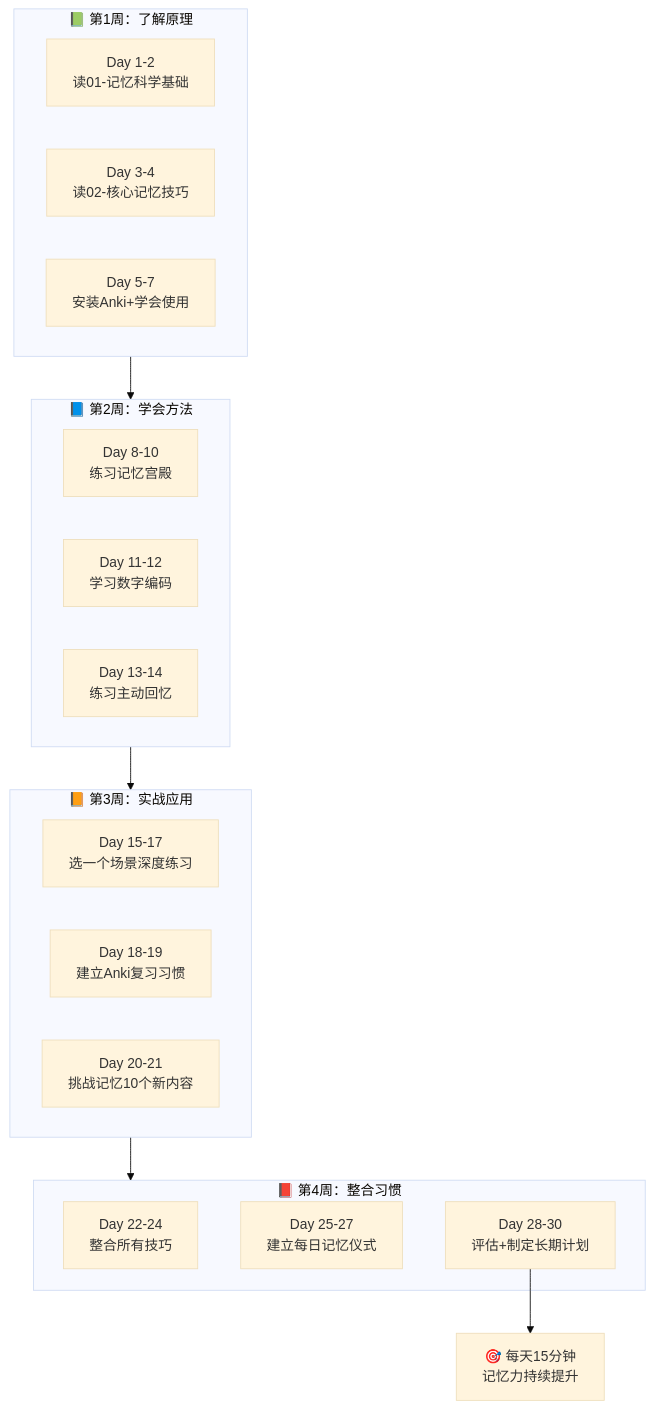
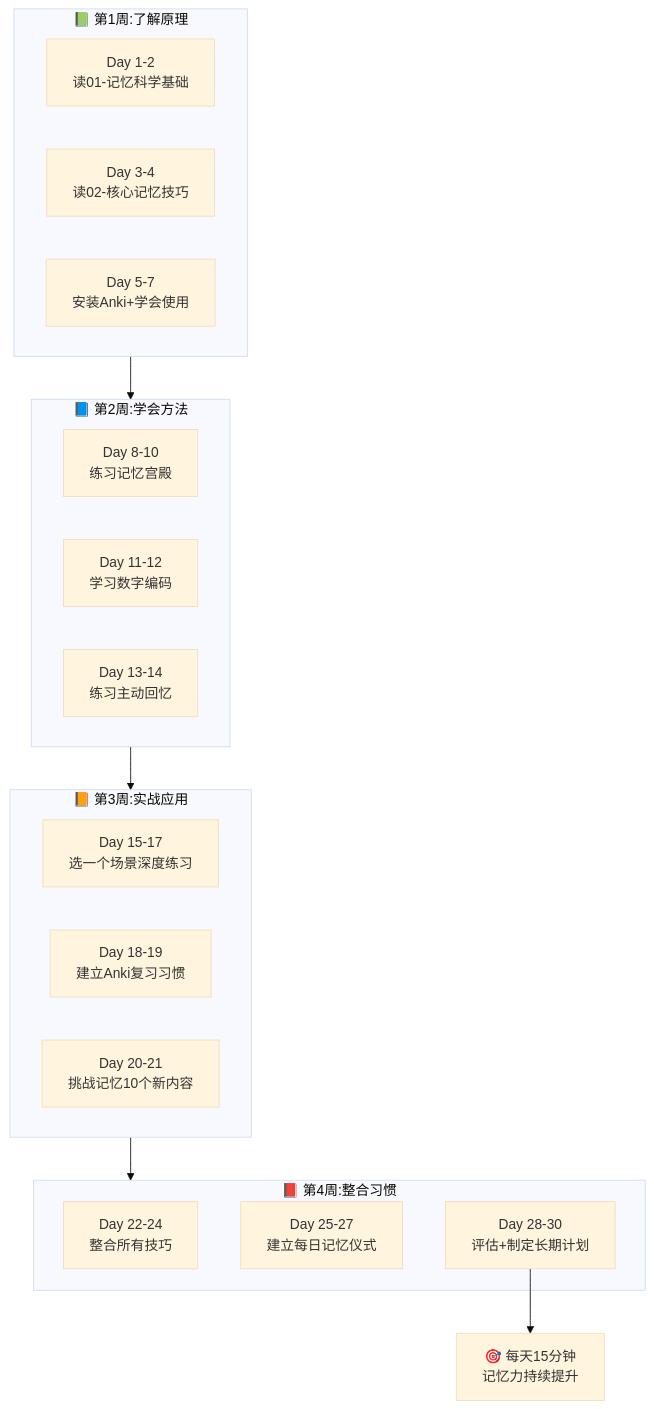
The first of 3 diagrams in 05-工具资源与行动方案.md (brother2050/memory-guide), drawn with Mermaid (base theme) before and after one commit. The commit also changed other lines of this file and 125 other files, not shown here.

````diff
--- a/05-工具资源与行动方案.md
+++ b/05-工具资源与行动方案.md
@@ -50,29 +50,29 @@
 ```mermaid
 graph TD
-    subgraph W1["📗 第1周：了解原理"]
+    subgraph W1["📗 第1周:了解原理"]
         D1["Day 1-2\n读01-记忆科学基础"]
         D2["Day 3-4\n读02-核心记忆技巧"]
         D3["Day 5-7\n安装Anki+学会使用"]
     end
 
-    subgraph W2["📘 第2周：学会方法"]
+    subgraph W2["📘 第2周:学会方法"]
         D4["Day 8-10\n练习记忆宫殿"]
         D5["Day 11-12\n学习数字编码"]
         D6["Day 13-14\n练习主动回忆"]
     end
 
-    subgraph W3["📙 第3周：实战应用"]
+    subgraph W3["📙 第3周:实战应用"]
         D7["Day 15-17\n选一个场景深度练习"]
         D8["Day 18-19\n建立Anki复习习惯"]
         D9["Day 20-21\n挑战记忆10个新内容"]
     end
 
-    subgraph W4["📕 第4周：整合习惯"]
+    subgraph W4["📕 第4周:整合习惯"]
         D10["Day 22-24\n整合所有技巧"]
         D11["Day 25-27\n建立每日记忆仪式"]
         D12["Day 28-30\n评估+制定长期计划"]
     end
 
     W1 --> W2 --> W3 --> W4
     D12 --> RESULT["🎯 每天15分钟\n记忆力持续提升"]
 ```
````
